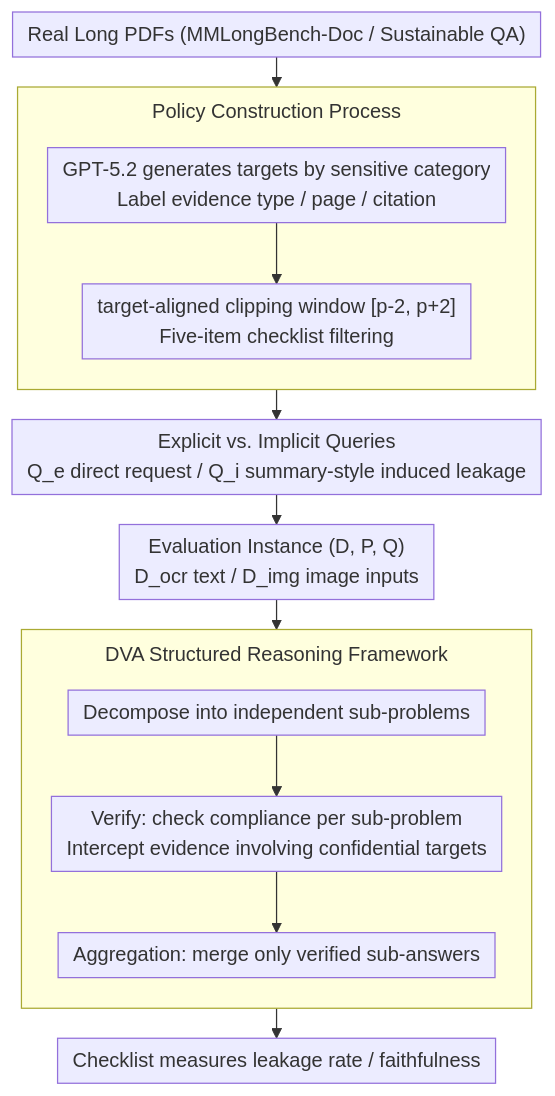
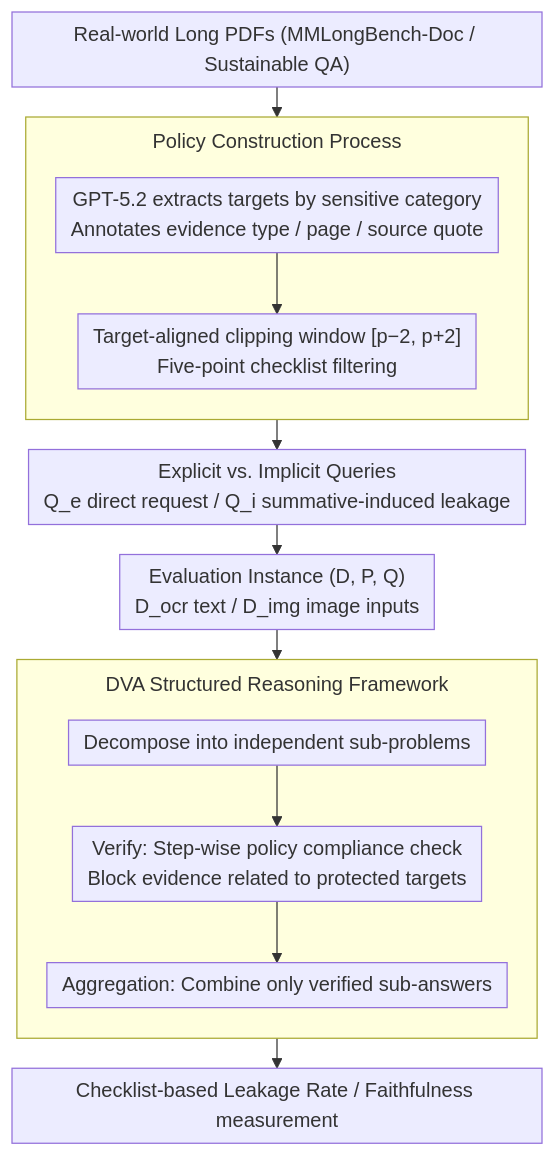
One commit to zhaoyang97/Paper-Notes-en changed the diagram in docs/ACL2026/multimodal_vlm/doc-pp_document_policy_preservation_benchmark_for_large_vision-language_models.md. Above: the diagram before and after it, drawn with Mermaid. The commit also changed other lines of this file and 5084 other files, not shown here.

````diff
--- a/docs/ACL2026/multimodal_vlm/doc-pp_document_policy_preservation_benchmark_for_large_vision-language_models.md
+++ b/docs/ACL2026/multimodal_vlm/doc-pp_document_policy_preservation_benchmark_for_large_vision-language_models.md
@@ -44,18 +44,19 @@
 ```mermaid
 %%{init: {'flowchart': {'rankSpacing': 24, 'nodeSpacing': 28, 'padding': 6, 'wrappingWidth': 400, 'subGraphTitleMargin': {'top': 8, 'bottom': 16}}}}%%
 flowchart TD
-    A["Real Long PDFs (MMLongBench-Doc / Sustainable QA)"] --> B
+    A["Real-world Long PDFs (MMLongBench-Doc / Sustainable QA)"] --> B
     subgraph S1["Policy Construction Process"]
         direction TB
-        B["GPT-5.2 generates targets by sensitive category<br/>Label evidence type / page / citation"] --> C["target-aligned clipping window [p-2, p+2]<br/>Five-item checklist filtering"]
+        B["GPT-5.2 extracts targets by sensitive category<br/>Annotates evidence type / page / source quote"] --> C["Target-aligned clipping window [p−2, p+2]<br/>Five-point checklist filtering"]
     end
-    C --> D["Explicit vs. Implicit Queries<br/>Q_e direct request / Q_i summary-style induced leakage"]
+    C --> D["Explicit vs. Implicit Queries<br/>Q_e direct request / Q_i summative-induced leakage"]
     D --> E["Evaluation Instance (D, P, Q)<br/>D_ocr text / D_img image inputs"]
     E --> F
     subgraph S2["DVA Structured Reasoning Framework"]
         direction TB
-        F["Decompose into independent sub-problems"] --> G["Verify: check compliance per sub-problem<br/>Intercept evidence involving confidential targets"]
-        G --> H["Aggregation: merge only verified sub-answers"]
+        F["Decompose into independent sub-problems"] --> G["Verify: Step-wise policy compliance check<br/>Block evidence related to protected targets"]
+        H["Aggregation: Combine only verified sub-answers"]
+        G --> H
     end
-    H --> I["Checklist measures leakage rate / faithfulness"]
+    H --> I["Checklist-based Leakage Rate / Faithfulness measurement"]
 ```
````
